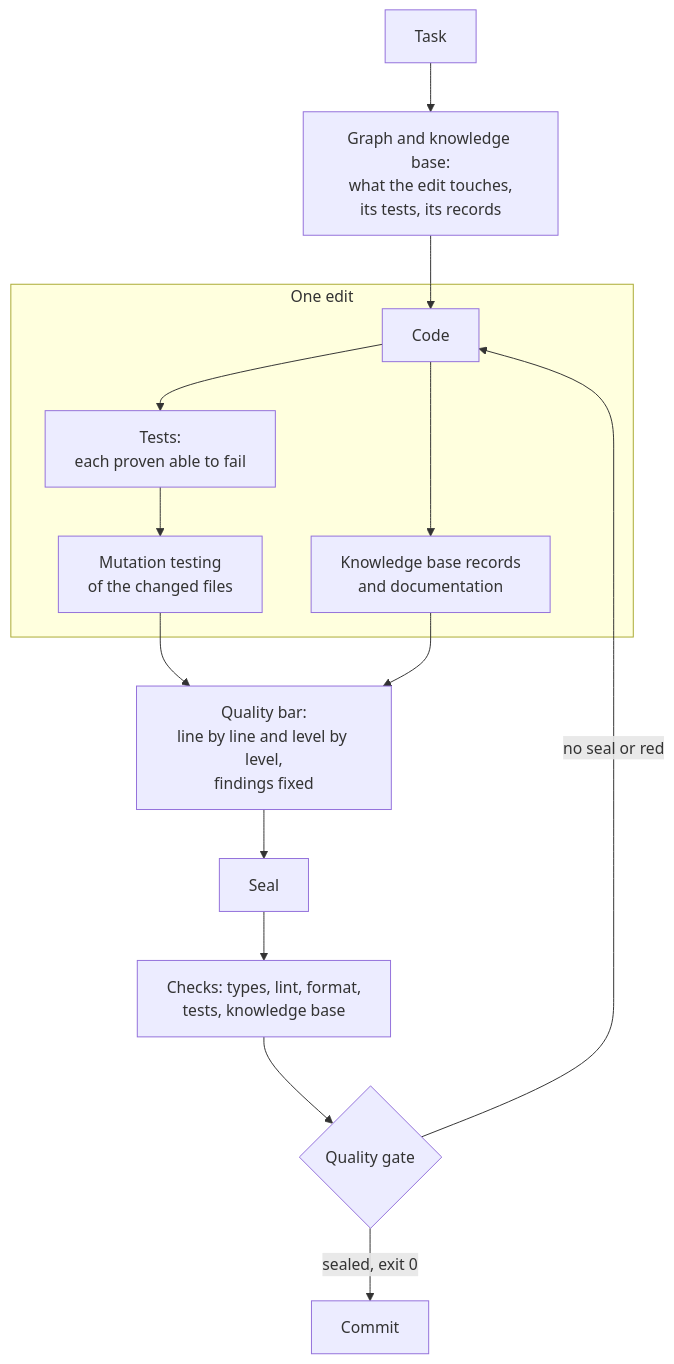
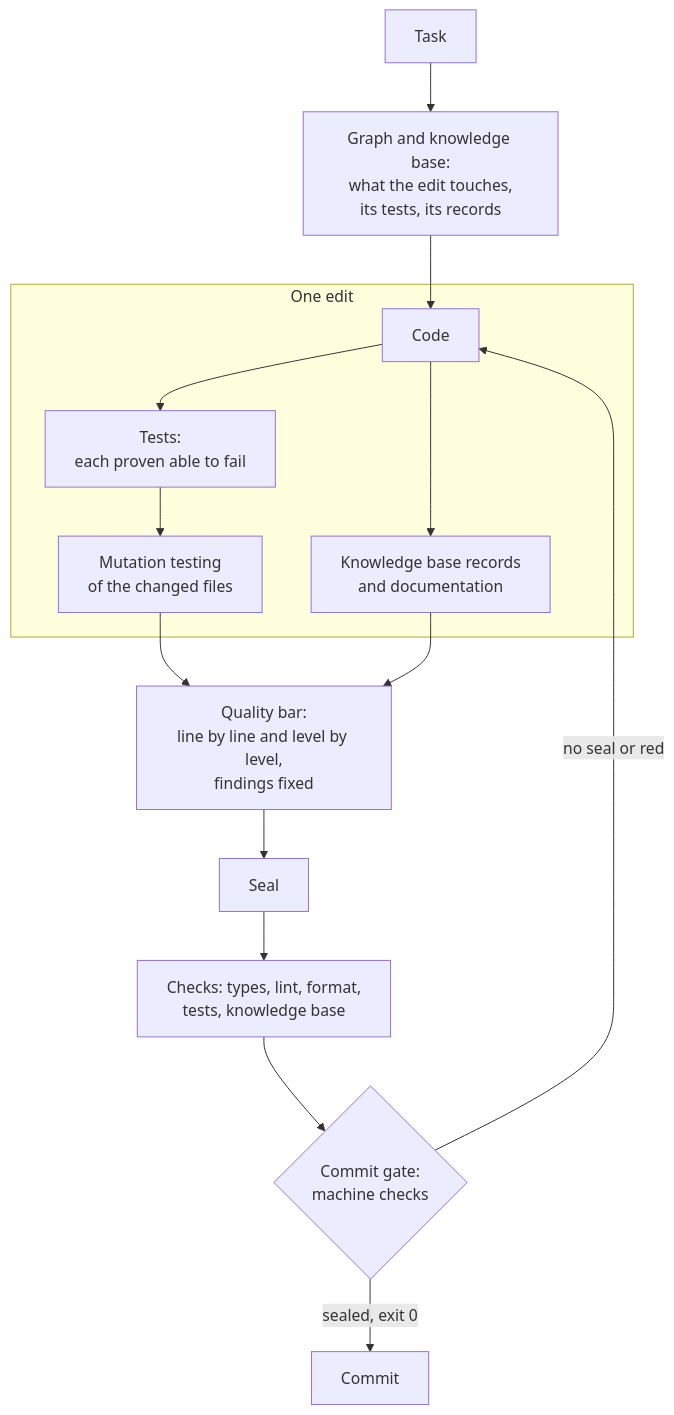
One commit to Igor-lx/claudeHarness changed the first of 2 diagrams in README.md. Above: the diagram before and after it, drawn with Mermaid. The commit also changed other lines of this file and 1 other file, not shown here.

````diff
--- a/README.md
+++ b/README.md
@@ -162,17 +136,17 @@
 ```mermaid
 flowchart TD
   A[Task] --> B["Graph and knowledge base:<br>what the edit touches,<br>its tests, its records"]
   B --> C[Code]
   subgraph edit [One edit]
     C --> T["Tests:<br>each proven able to fail"]
     C --> R["Knowledge base records<br>and documentation"]
     T --> M["Mutation testing<br>of the changed files"]
   end
   M --> P["Quality bar:<br>line by line and level by level,<br>findings fixed"]
   R --> P
   P --> S[Seal]
   S --> K["Checks: types, lint, format,<br>tests, knowledge base"]
-  K --> G{Quality gate}
+  K --> G{"Commit gate:<br>machine checks"}
   G -- "sealed, exit 0" --> H[Commit]
   G -- "no seal or red" --> C
 ```
````
